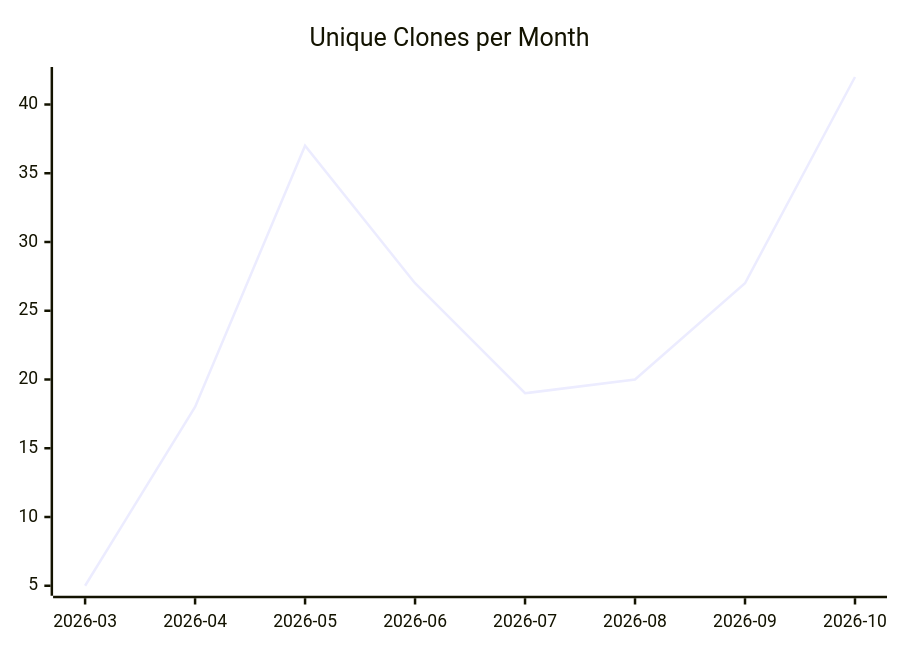
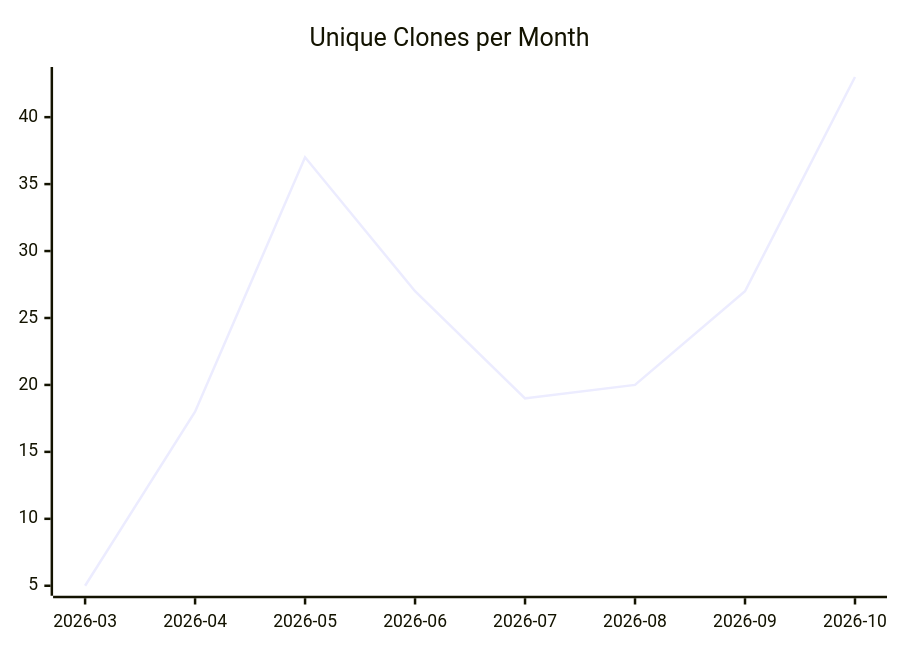
One commit to justdavis-family/github-analytics-data changed the third of 3 diagrams in karlmdavis/obsidian-operator/README.md. Above: the diagram before and after it, drawn with Mermaid. The commit also changed other lines of this file and 201 other files, not shown here.

````diff
--- a/karlmdavis/obsidian-operator/README.md
+++ b/karlmdavis/obsidian-operator/README.md
@@ -19,6 +19,6 @@
 ```mermaid
 xychart-beta
   title "Unique Clones per Month"
   x-axis ["2026-03", "2026-04", "2026-05", "2026-06", "2026-07", "2026-08", "2026-09", "2026-10"]
-  line [5, 18, 37, 27, 19, 20, 27, 42]
+  line [5, 18, 37, 27, 19, 20, 27, 43]
 ```
````
